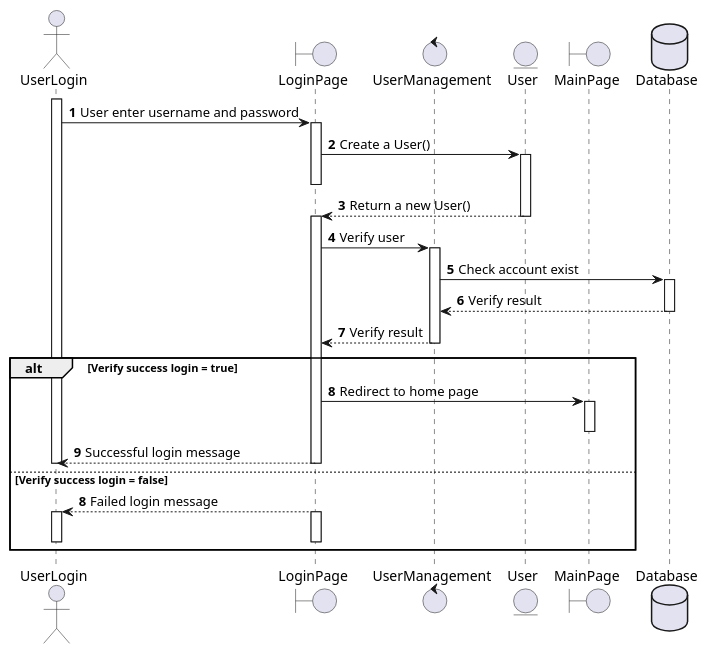
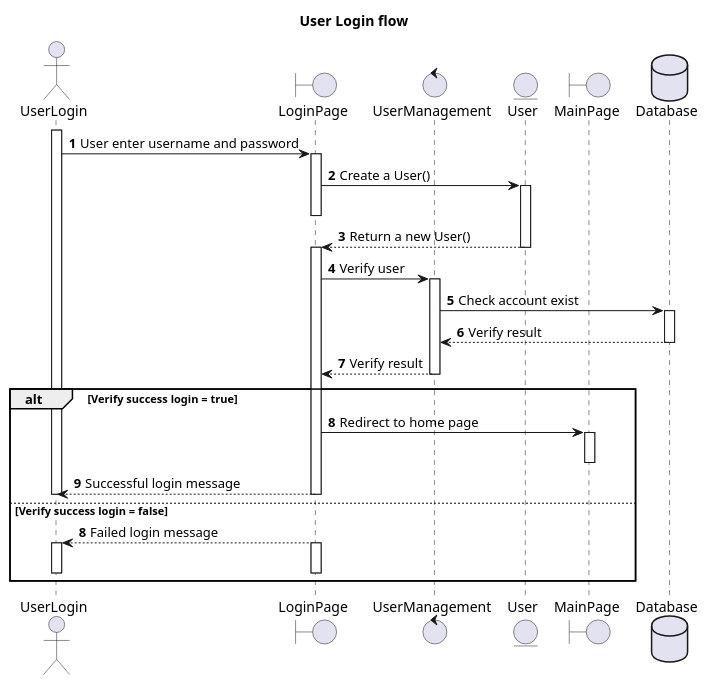
Before and after one commit to duymai1612/final-oosd-project: the diagram in login.puml, drawn with PlantUML. The commit also changed 19 other files, not shown here.

Commit message:
finish all sequence diagrams

```diff
--- a/login.puml
+++ b/login.puml
@@ -1,45 +1,47 @@
 @startuml Login flow
+
+title User Login flow
 
 actor UserLogin
 boundary LoginPage
 control UserManagement
 entity User
 boundary MainPage
 database Database
 
 autonumber
 activate UserLogin
 UserLogin -> LoginPage: User enter username and password
 activate LoginPage
 LoginPage -> User: Create a User()
 activate User
 deactivate LoginPage
 User --> LoginPage: Return a new User()
 deactivate User
 activate LoginPage
 LoginPage -> UserManagement: Verify user
 activate UserManagement
 UserManagement -> Database: Check account exist
 activate Database
 Database --> UserManagement: Verify result
 deactivate Database
 UserManagement --> LoginPage: Verify result
 deactivate UserManagement
 
 alt Verify success login = true
   LoginPage -> MainPage: Redirect to home page
   activate MainPage
   deactivate MainPage
   LoginPage --> UserLogin: Successful login message
   deactivate LoginPage
   deactivate UserLogin
 else Verify success login = false
   autonumber 8
   LoginPage --> UserLogin: Failed login message
   activate LoginPage
   deactivate LoginPage
   activate UserLogin
   deactivate UserLogin
 end
 
 @enduml
```
